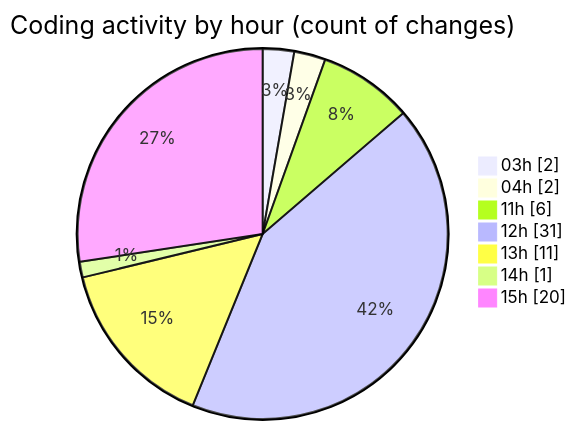
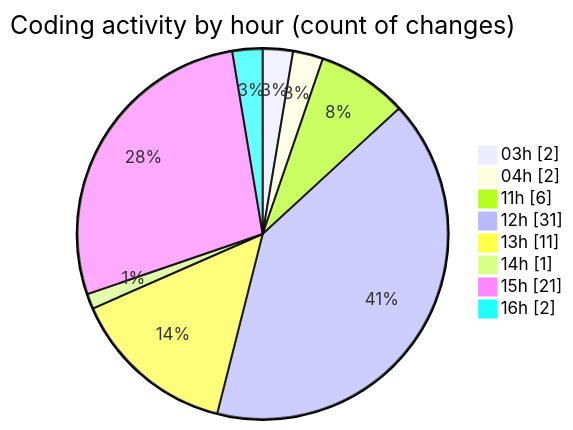
One commit to FelipKnott/code-tracking changed the second of 2 diagrams in 2025-07-04/cursor/README.md. Above: the diagram before and after it, drawn with Mermaid. The commit also changed other lines of this file and 1 other file, not shown here.

````diff
--- a/2025-07-04/cursor/README.md
+++ b/2025-07-04/cursor/README.md
@@ -45,11 +45,12 @@
 ```mermaid
 pie showData
 title Coding activity by hour (count of changes)
 "03h" : 2
 "04h" : 2
 "11h" : 6
 "12h" : 31
 "13h" : 11
 "14h" : 1
-"15h" : 20
+"15h" : 21
+"16h" : 2
 ```
````
